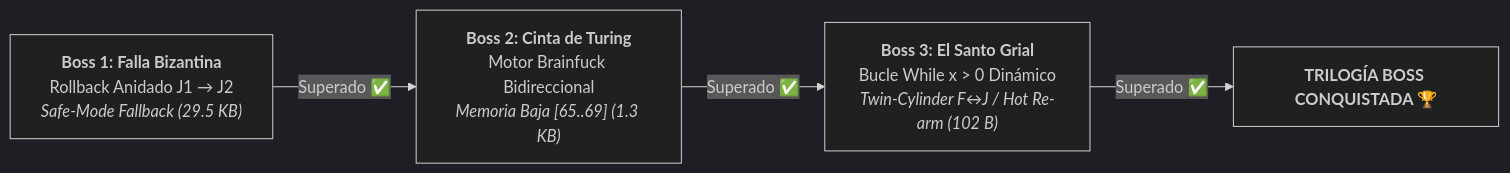
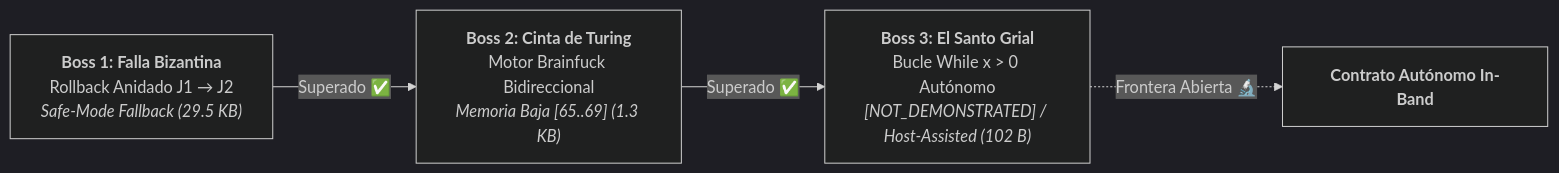
One commit to DannyBaanks/Malbolge-PureEpoch changed the third of 3 diagrams in README.md. Above: the diagram before and after it, drawn with Mermaid (dark theme). The commit also changed other lines of this file and 2 other files, not shown here.

First line of the commit message:
docs(boss3): record audit verdict NOT_DEMONSTRATED for autonomous in-band loop

````diff
--- a/README.md
+++ b/README.md
@@ -203,10 +203,10 @@
 ```mermaid
 flowchart LR
   B1["<b>Boss 1: Falla Bizantina</b><br/>Rollback Anidado J1 → J2<br/><i>Safe-Mode Fallback (29.5 KB)</i>"]
   B2["<b>Boss 2: Cinta de Turing</b><br/>Motor Brainfuck Bidireccional<br/><i>Memoria Baja [65..69] (1.3 KB)</i>"]
-  B3["<b>Boss 3: El Santo Grial</b><br/>Bucle While x > 0 Dinámico<br/><i>Twin-Cylinder F↔J / Hot Re-arm (102 B)</i>"]
+  B3["<b>Boss 3: El Santo Grial</b><br/>Bucle While x > 0 Autónomo<br/><i>[NOT_DEMONSTRATED] / Host-Assisted (102 B)</i>"]
 
   B1 -->|Superado ✅| B2
   B2 -->|Superado ✅| B3
-  B3 -->|Superado ✅| TRIUNFO["<b>TRILOGÍA BOSS CONQUISTADA 🏆</b>"]
+  B3 -.->|Frontera Abierta 🔬| OBJETIVO["<b>Contrato Autónomo In-Band</b>"]
 ```
````
